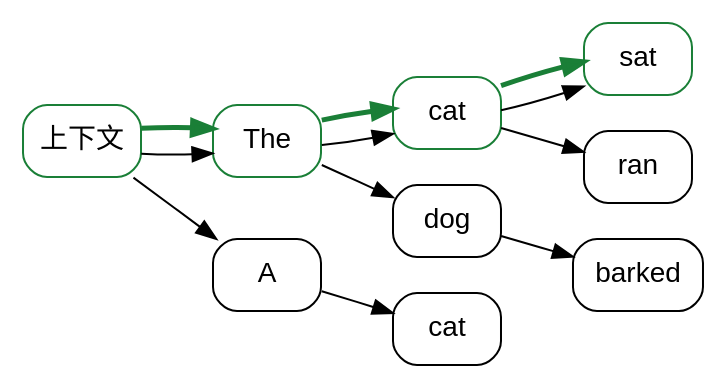
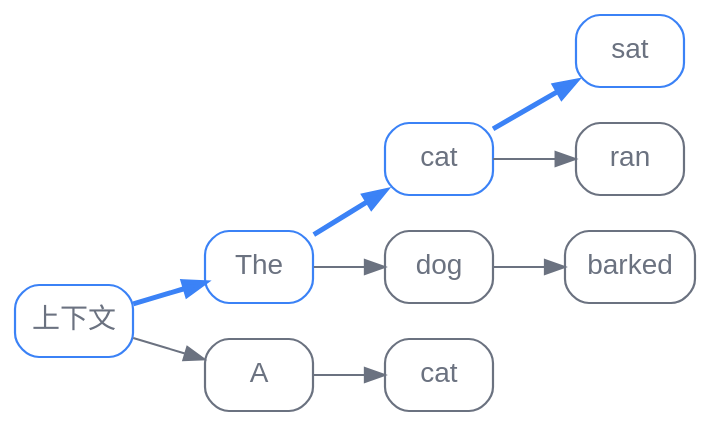
One commit to latere-ai/ai-as-an-infrastructure changed the fourth of 4 diagrams in zh/p4-inference/18-faster-decoding.qmd. Above: the diagram before and after it, drawn with Graphviz. The commit also changed 186 other files, not shown here.

First line of the commit message:
book: visual audit pass on all diagrams and figures

````diff
--- a/zh/p4-inference/18-faster-decoding.qmd
+++ b/zh/p4-inference/18-faster-decoding.qmd
@@ -214,38 +214,37 @@
 ```{dot}
 //| label: fig-faster-decoding-tree
 //| fig-cap: "树状的打草稿与验证。从上下文出发，草稿头在每个位置提出若干候选词元，而非一个。一个树注意力掩码在单次目标传播里给每个分支打分，最长的完全被接受的路径（加粗）被发出。据 Cai 等（2024）与 Li 等（2024）。"
 digraph {
   rankdir=LR;
-  node [shape=box, style=rounded, fontname="Helvetica"];
+  bgcolor="transparent";
+  node [shape=box, style=rounded, fontname="Helvetica", color="#6b7280", fontcolor="#6b7280", penwidth=1.1];
+  edge [color="#6b7280", fontcolor="#6b7280"];
   ctx [label="上下文"];
 
   a1 [label="The"];
   a2 [label="A"];
 
   b1 [label="cat"];
   b2 [label="dog"];
   b3 [label="cat"];
 
   c1 [label="sat"];
   c2 [label="ran"];
   c3 [label="barked"];
 
-  ctx -> a1;
   ctx -> a2;
-  a1 -> b1;
   a1 -> b2;
   a2 -> b3;
-  b1 -> c1;
   b1 -> c2;
   b2 -> c3;
 
-  // 最长被接受的路径，被发出
-  ctx -> a1 [penwidth=2.5, color="#1a7f37"];
-  a1 -> b1 [penwidth=2.5, color="#1a7f37"];
-  b1 -> c1 [penwidth=2.5, color="#1a7f37"];
-  ctx [color="#1a7f37"];
-  a1 [color="#1a7f37"];
-  b1 [color="#1a7f37"];
-  c1 [color="#1a7f37"];
+  // 最长被接受的路径，被发出（加粗强调）
+  ctx -> a1 [penwidth=2.5, color="#3b82f6"];
+  a1 -> b1 [penwidth=2.5, color="#3b82f6"];
+  b1 -> c1 [penwidth=2.5, color="#3b82f6"];
+  ctx [color="#3b82f6"];
+  a1 [color="#3b82f6"];
+  b1 [color="#3b82f6"];
+  c1 [color="#3b82f6"];
 }
 ```
````
